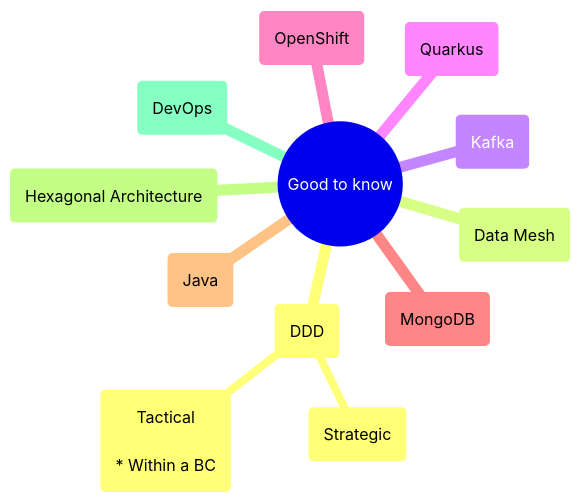
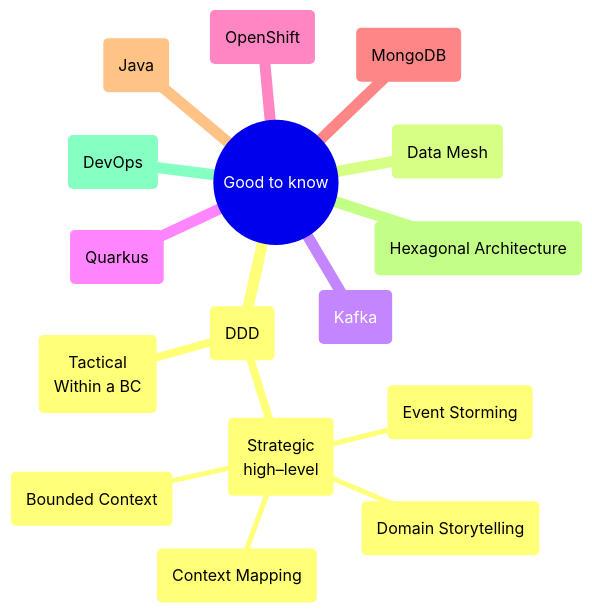
Before and after one commit to mhaspra/mindmaps: the diagram in README.md, drawn with Mermaid.

````diff
--- a/README.md
+++ b/README.md
@@ -2,16 +2,19 @@
 ```mermaid
  mindmap
   root((Good to know))
    (DDD)
-    (Strategic)
-    (Tactical
-<br>* Within a BC)
+    (Strategic<br>high–level)
+     (Domain Storytelling)
+     (Event Storming)
+     (Context Mapping)
+     (Bounded Context)
+    (Tactical<br>Within a BC)
    (Data Mesh)
    (Kafka)
    (Quarkus)
    (OpenShift)
    (MongoDB)
    (Java)
    (Hexagonal Architecture)
    (DevOps)
 ```
````
